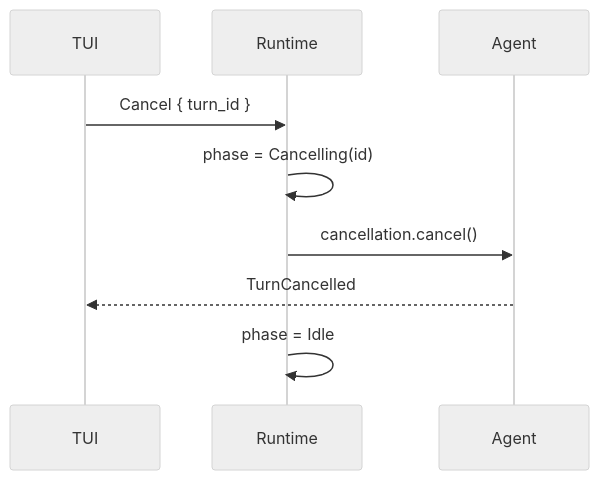
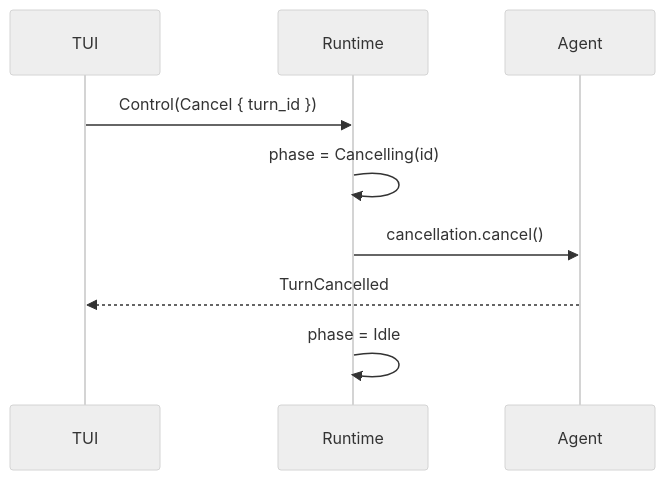
One commit to guuzaa/oven changed the fourth of 5 diagrams in docs/architectures.md. Above: the diagram before and after it, drawn with Mermaid (neutral theme). The commit also changed other lines of this file and 11 other files, not shown here.

````diff
--- a/docs/architectures.md
+++ b/docs/architectures.md
@@ -368,12 +391,12 @@
 ```mermaid
 sequenceDiagram
     participant TUI
     participant Runtime
     participant Agent
 
-    TUI->>Runtime: Cancel { turn_id }
+    TUI->>Runtime: Control(Cancel { turn_id })
     Runtime->>Runtime: phase = Cancelling(id)
     Runtime->>Agent: cancellation.cancel()
     Agent-->>TUI: TurnCancelled
     Runtime->>Runtime: phase = Idle
 ```
````
